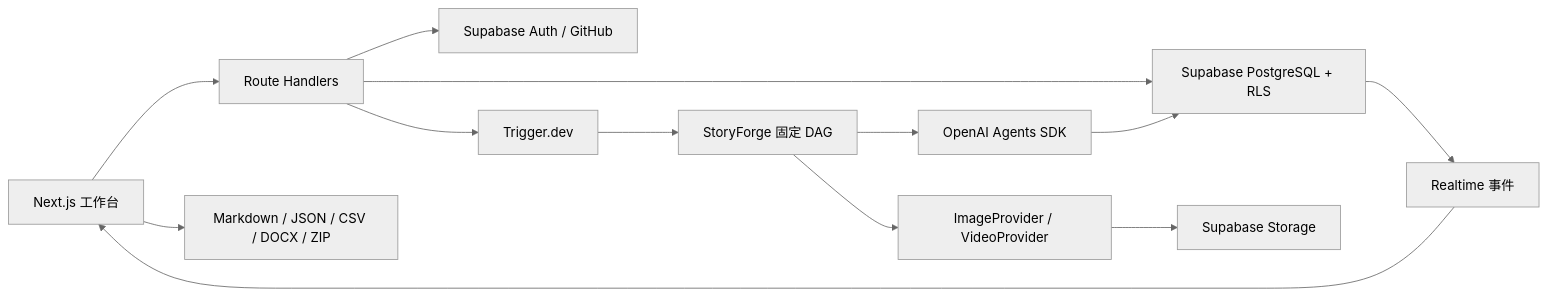
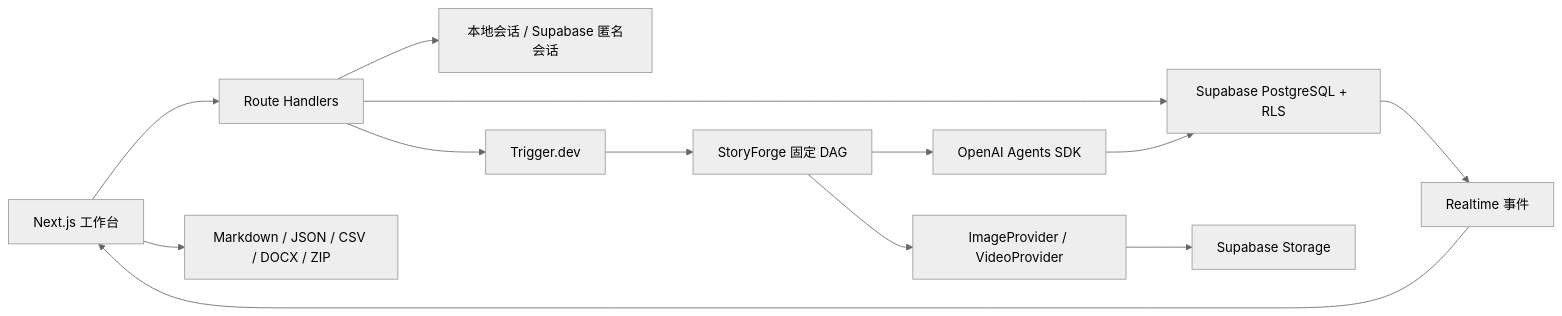
The second of 3 diagrams in README.md (eventlp02-commits/storyforge-agent), drawn with Mermaid (neutral theme) before and after one commit. The commit also changed other lines of this file and 15 other files, not shown here.

````diff
--- a/README.md
+++ b/README.md
@@ -80,15 +80,15 @@
 ```mermaid
 flowchart LR
   UI["Next.js 工作台"] --> API["Route Handlers"]
-  API --> AUTH["Supabase Auth / GitHub"]
+  API --> AUTH["本地会话 / Supabase 匿名会话"]
   API --> DB["Supabase PostgreSQL + RLS"]
   API --> TR["Trigger.dev"]
   TR --> DAG["StoryForge 固定 DAG"]
   DAG --> SDK["OpenAI Agents SDK"]
   DAG --> MEDIA["ImageProvider / VideoProvider"]
   SDK --> DB
   MEDIA --> STORE["Supabase Storage"]
   DB --> RT["Realtime 事件"]
   RT --> UI
   UI --> ZIP["Markdown / JSON / CSV / DOCX / ZIP"]
 ```
````
